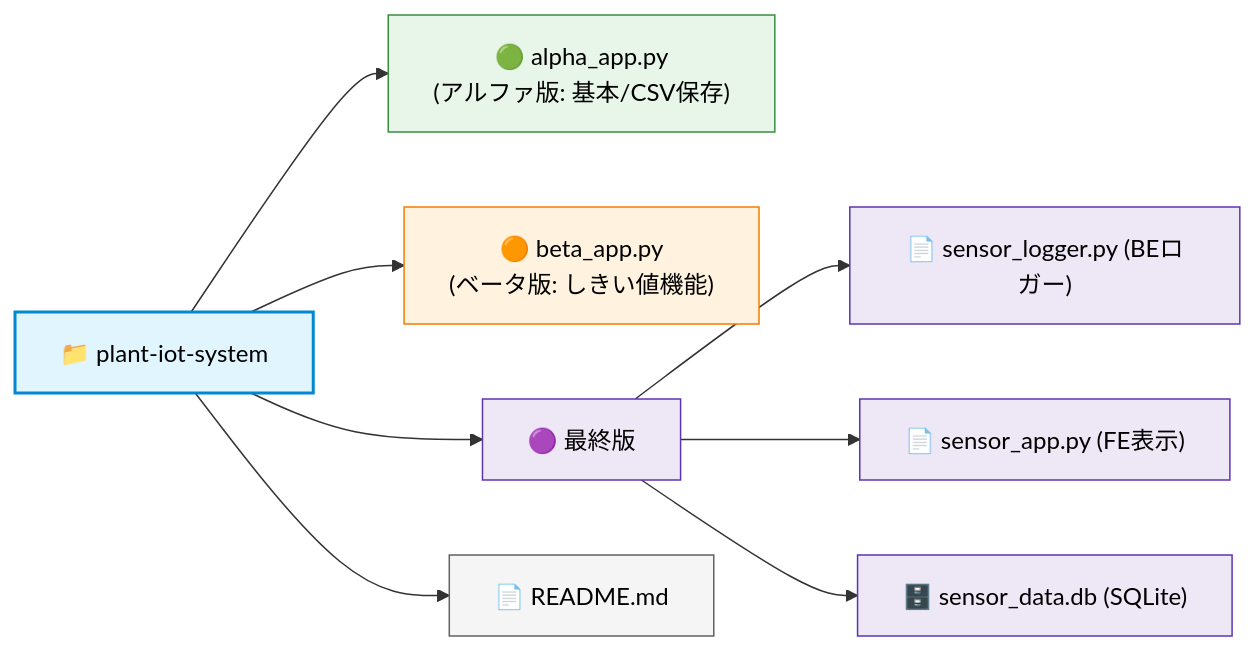
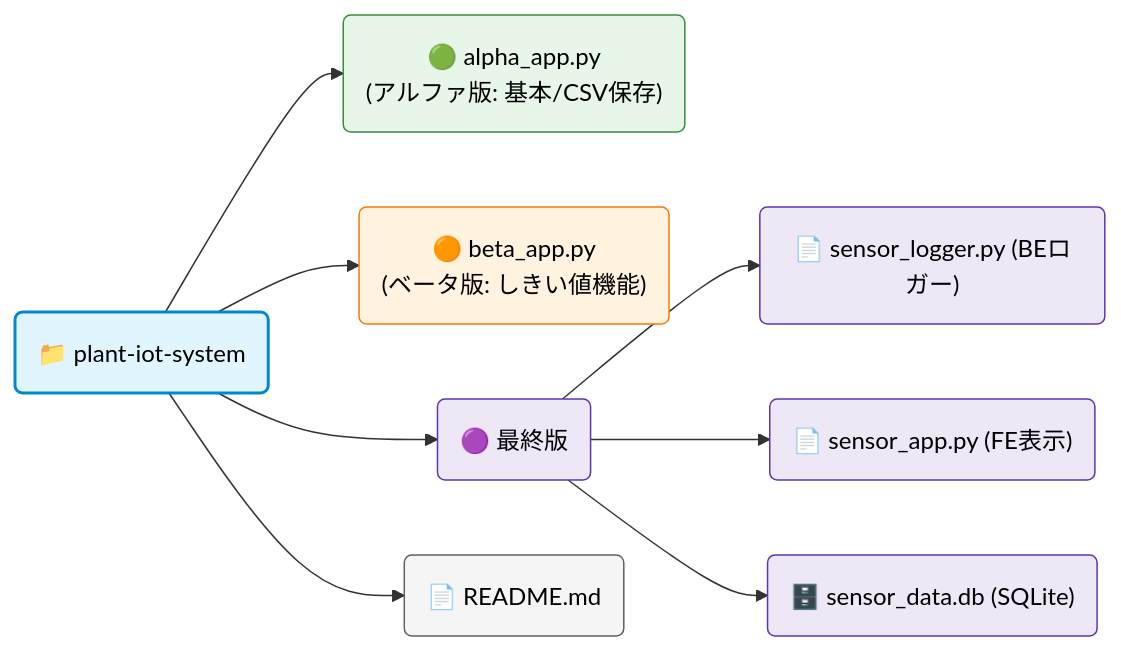
Before and after one commit to Mutou-dev123/plant-iot-system: the first of 3 diagrams in README.md, drawn with Mermaid. The commit also changed other lines of this file, not shown here.

Commit message:
Update system diagram of alpha version

````diff
--- a/README.md
+++ b/README.md
@@ -80,28 +80,28 @@
 ```mermaid
 graph LR
-    Root["📁 plant-iot-system"]
+    Root("📁 plant-iot-system")
     
-    Root --> Alpha["🟢 alpha_app.py <br>(アルファ版: 基本/CSV保存)"]
-    Root --> Beta["🟠 beta_app.py <br>(ベータ版: しきい値機能)"]
+    Root --> Alpha("🟢 alpha_app.py <br>(アルファ版: 基本/CSV保存)")
+    Root --> Beta("🟠 beta_app.py <br>(ベータ版: しきい値機能)")
     
     %% プロダクション版を1つのノードでまとめてから枝分かれさせる
-    Root --> Prod["🟣 最終版"]
-    Prod --> Logger["📄 sensor_logger.py (BEロガー)"]
-    Prod --> App["📄 sensor_app.py (FE表示)"]
-    Prod --> DB["🗄️ sensor_data.db (SQLite)"]
+    Root --> Prod("🟣 最終版")
+    Prod --> Logger("📄 sensor_logger.py (BEロガー)")
+    Prod --> App("📄 sensor_app.py (FE表示)")
+    Prod --> DB("🗄️ sensor_data.db (SQLite)")
     
-    Root --> RM["📄 README.md"]
+    Root --> RM("📄 README.md")
 
     %% スタイル設定
     classDef root fill:#e1f5fe,stroke:#0288d1,stroke-width:2px,color:#000
     classDef alpha fill:#e8f5e9,stroke:#388e3c,1px,color:#000
     classDef beta fill:#fff3e0,stroke:#f57c00,1px,color:#000
     classDef prod fill:#ede7f6,stroke:#5e35b1,2px,color:#000
     classDef common fill:#f5f5f5,stroke:#616161,1px,color:#000
 
     class Root root
     class Alpha alpha
     class Beta beta
     class Prod,Logger,App,DB prod
     class RM common
 ```
````
